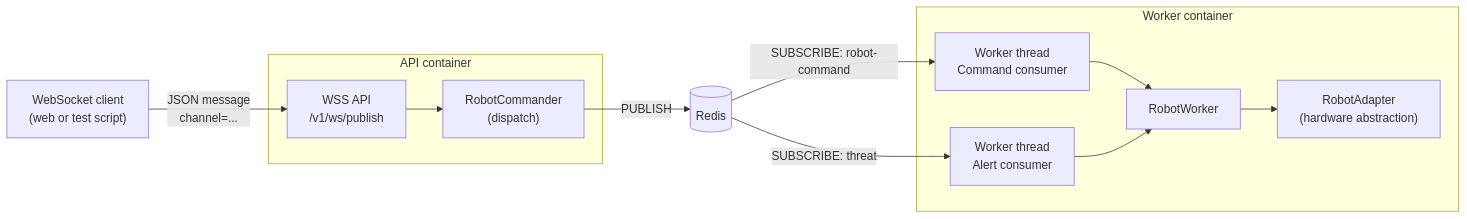
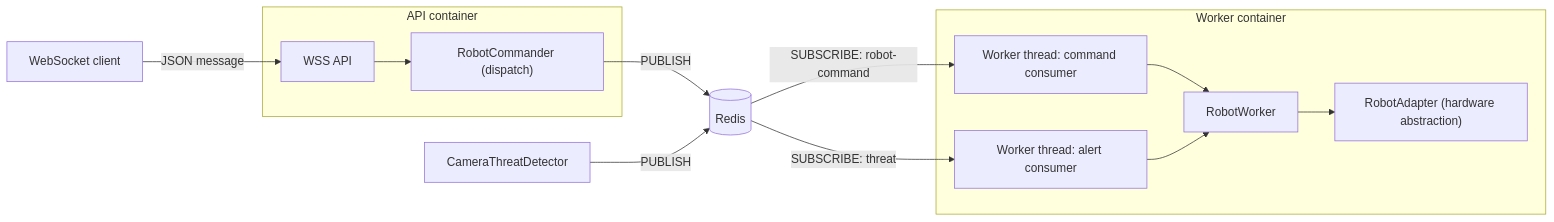
One commit to estudart/estudart-robot-commander changed the diagram in README.md. Above: the diagram before and after it, drawn with Mermaid.

Commit message:
feat: graph features

````diff
--- a/README.md
+++ b/README.md
@@ -13,19 +13,21 @@
 ```mermaid
 flowchart LR
-  client["WebSocket client<br/>(web or test script)"] -->|JSON message<br/>channel=...| wss["WSS API<br/>/v1/ws/publish"]
+  client["WebSocket client"] -->|JSON message| wss["WSS API"]
 
   subgraph api["API container"]
-    wss --> commander["RobotCommander<br/>(dispatch)"]
+    wss --> commander["RobotCommander (dispatch)"]
   end
 
   commander -->|PUBLISH| redis[("Redis")]
 
-  redis -->|SUBSCRIBE: robot-command| cmdThread["Worker thread<br/>Command consumer"]
-  redis -->|SUBSCRIBE: threat| alertThread["Worker thread<br/>Alert consumer"]
+  camera["CameraThreatDetector"] -->|PUBLISH| redis
+
+  redis -->|SUBSCRIBE: robot-command| cmdThread["Worker thread: command consumer"]
+  redis -->|SUBSCRIBE: threat| alertThread["Worker thread: alert consumer"]
 
   subgraph worker["Worker container"]
     cmdThread --> workerSvc[RobotWorker]
     alertThread --> workerSvc
-    workerSvc --> adapter["RobotAdapter<br/>(hardware abstraction)"]
+    workerSvc --> adapter["RobotAdapter (hardware abstraction)"]
   end
 ```
````
